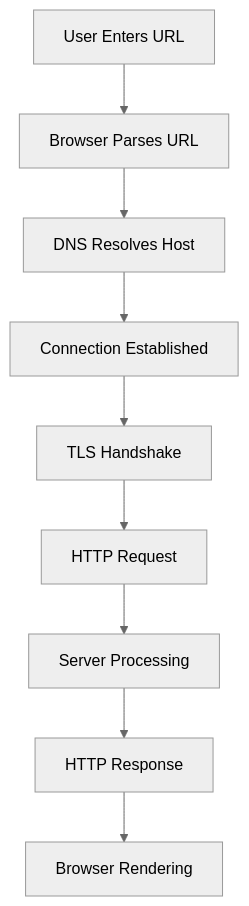
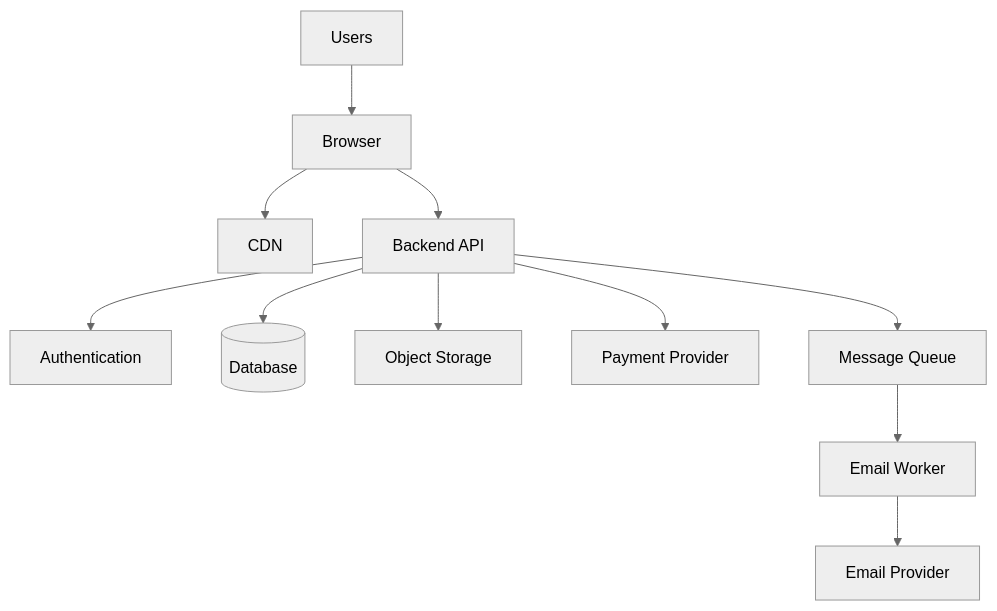
The first of 4 diagrams in 03-full-stack-web-dev/Foundation/QuizBank/Readme.md (seanwhs/Boot-Camps), drawn with Mermaid (neutral theme) before and after one commit. The commit also changed other lines of this file, not shown here.

````diff
--- a/03-full-stack-web-dev/Foundation/QuizBank/Readme.md
+++ b/03-full-stack-web-dev/Foundation/QuizBank/Readme.md
@@ -96,11 +180,15 @@
 ```mermaid
 flowchart TD
-    A[User Enters URL] --> B[Browser Parses URL]
-    B --> C[DNS Resolves Host]
-    C --> D[Connection Established]
-    D --> E[TLS Handshake]
-    E --> F[HTTP Request]
-    F --> G[Server Processing]
-    G --> H[HTTP Response]
-    H --> I[Browser Rendering]
+    U[Users] --> B[Browser]
+    B --> CDN[CDN]
+    B --> API[Backend API]
+
+    API --> AUTH[Authentication]
+    API --> DB[(Database)]
+    API --> STORAGE[Object Storage]
+    API --> PAY[Payment Provider]
+    API --> Q[Message Queue]
+
+    Q --> W[Email Worker]
+    W --> EMAIL[Email Provider]
 ```
````
